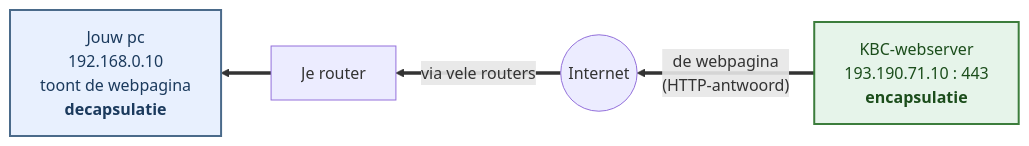
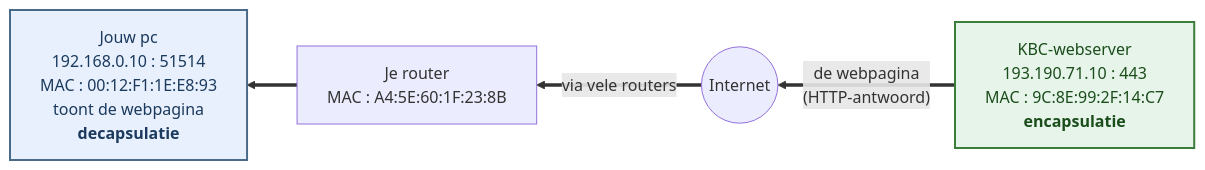
The second of 2 diagrams in docs/hoofdstuk-1-netwerkstack-tcp-ip-fundamenten/tcp-ip-model.md (dverhulst1981/cursus-webinfrastructuur), drawn with Mermaid before and after one commit. The commit also changed other lines of this file, not shown here.

First line of the commit message:
Werk encapsulatie/decapsulatie-voorbeeld uit met adressen per laag

````diff
--- a/docs/hoofdstuk-1-netwerkstack-tcp-ip-fundamenten/tcp-ip-model.md
+++ b/docs/hoofdstuk-1-netwerkstack-tcp-ip-fundamenten/tcp-ip-model.md
@@ -164,10 +258,10 @@
 ```mermaid
 flowchart RL
-  SRV["KBC-webserver<br/>193.190.71.10 : 443<br/><b>encapsulatie</b>"] ==>|"de webpagina<br/>(HTTP-antwoord)"| NET(("Internet"))
-  NET ==>|"via vele routers"| R["Je router"]
-  R ==> PC["Jouw pc<br/>192.168.0.10<br/>toont de webpagina<br/><b>decapsulatie</b>"]
+  SRV["KBC-webserver<br/>193.190.71.10 : 443<br/>MAC : 9C:8E:99:2F:14:C7<br/><b>encapsulatie</b>"] ==>|"de webpagina<br/>(HTTP-antwoord)"| NET(("Internet"))
+  NET ==>|"via vele routers"| R["Je router<br/>MAC : A4:5E:60:1F:23:8B"]
+  R ==> PC["Jouw pc<br/>192.168.0.10 : 51514<br/>MAC : 00:12:F1:1E:E8:93<br/>toont de webpagina<br/><b>decapsulatie</b>"]
   classDef enc fill:#e6f4ea,stroke:#3c7d3c,stroke-width:2px,color:#1b4d1b;
   classDef dec fill:#e8f0fe,stroke:#4a6a8a,stroke-width:2px,color:#1b3a5d;
   class SRV enc;
   class PC dec;
 ```
````
